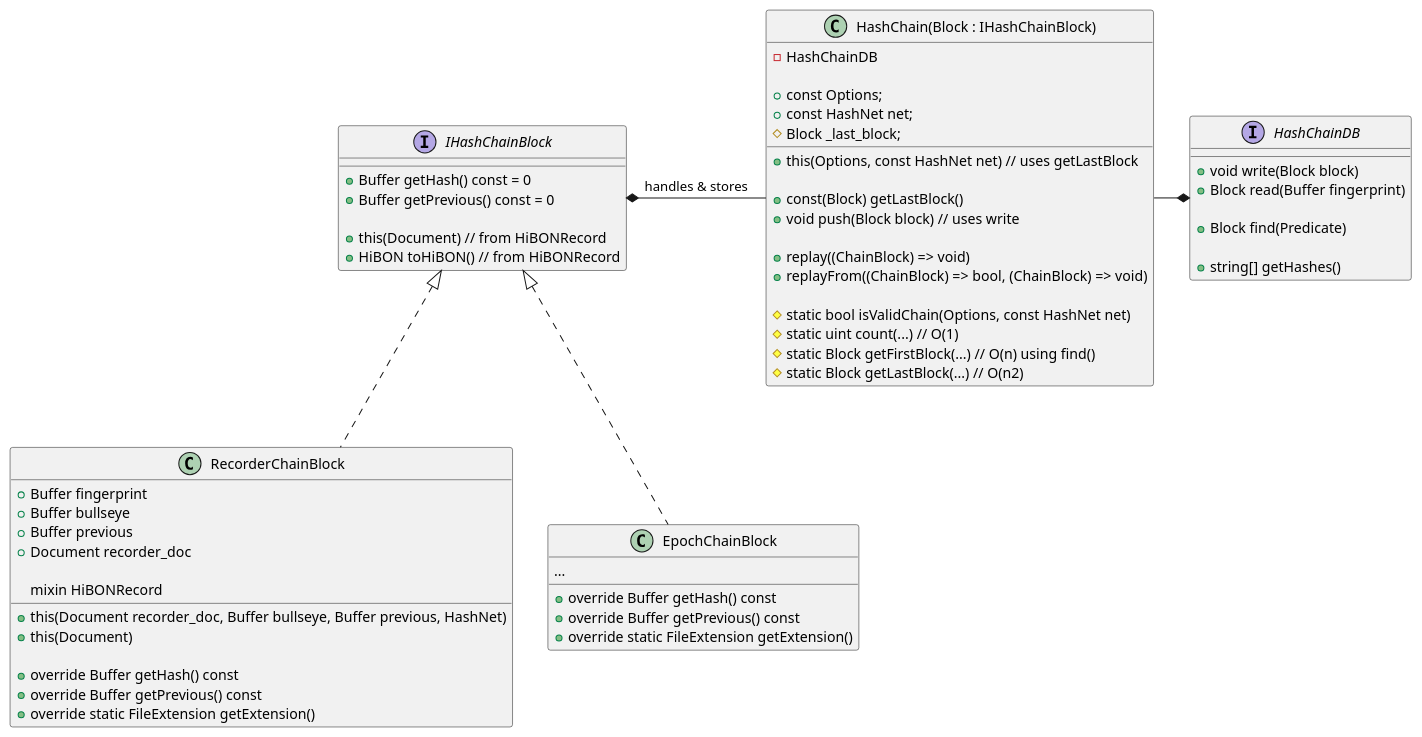
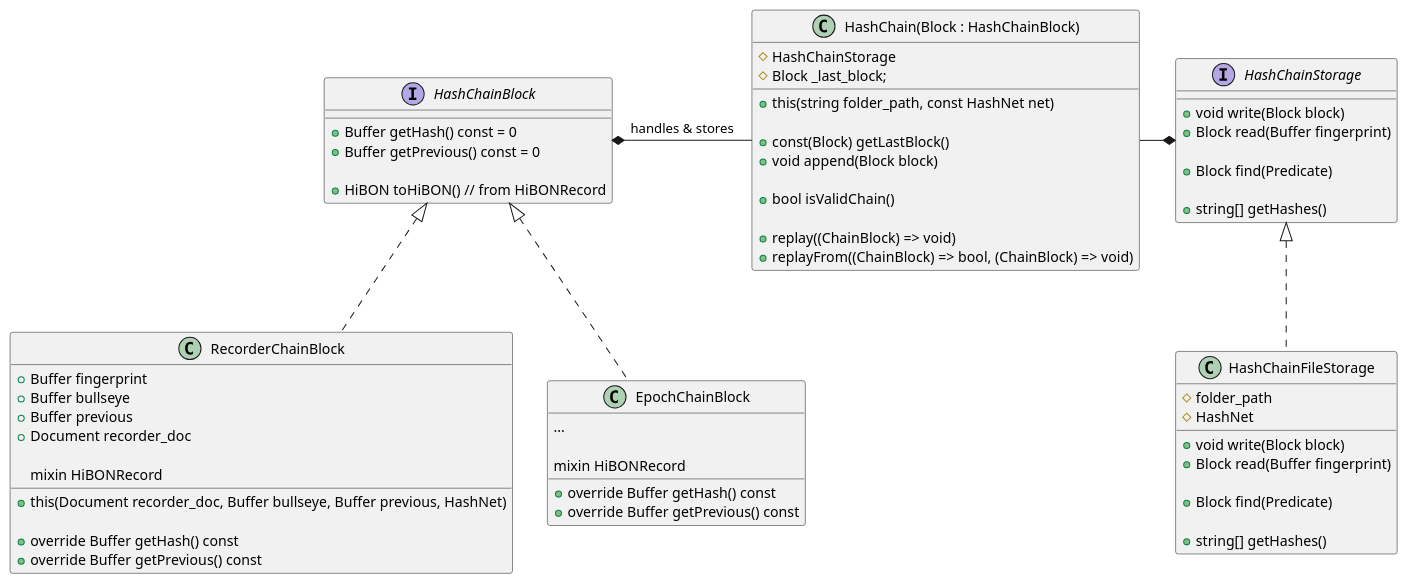
The diagram in src/lib-hashchain/tagion/uml/Hash Chain Class Diagram.wsd (tagion/tagion), drawn with PlantUML before and after one commit. The commit also changed other lines of this file and 8 other files, not shown here.

Commit message:
WIP: split HashChain into components

```diff
--- a/src/lib-hashchain/tagion/uml/Hash Chain Class Diagram.wsd
+++ b/src/lib-hashchain/tagion/uml/Hash Chain Class Diagram.wsd
@@ -1,72 +1,78 @@
 @startuml
 
-interface IHashChainBlock {
+interface HashChainBlock {
     + Buffer getHash() const = 0
     + Buffer getPrevious() const = 0
 
-    + this(Document) // from HiBONRecord
     + HiBON toHiBON() // from HiBONRecord
 }
 
 class RecorderChainBlock {
     + Buffer fingerprint
     + Buffer bullseye
     + Buffer previous
     + Document recorder_doc
 
     mixin HiBONRecord
 
     + this(Document recorder_doc, Buffer bullseye, Buffer previous, HashNet)
-    + this(Document)
 
     + override Buffer getHash() const
     + override Buffer getPrevious() const
-    + override static FileExtension getExtension()
 }
 
-IHashChainBlock <|.. RecorderChainBlock
+HashChainBlock <|.. RecorderChainBlock
 
 class EpochChainBlock {
     ...
 
+    mixin HiBONRecord
+
     + override Buffer getHash() const
     + override Buffer getPrevious() const
-    + override static FileExtension getExtension()
 }
 
-IHashChainBlock <|.. EpochChainBlock
+HashChainBlock <|.. EpochChainBlock
 
-class "HashChain(Block : IHashChainBlock)" as HashChain {
-    - HashChainDB
-
-    + const Options;
-    + const HashNet net;
+class "HashChain(Block : HashChainBlock)" as HashChain {
+    # HashChainStorage
     # Block _last_block;
 
-    + this(Options, const HashNet net) // uses getLastBlock
+    + this(string folder_path, const HashNet net)
 
     + const(Block) getLastBlock()
-    + void push(Block block) // uses write
+    + void append(Block block)
+
+    + bool isValidChain()
 
     + replay((ChainBlock) => void)
     + replayFrom((ChainBlock) => bool, (ChainBlock) => void)
-
-    # static bool isValidChain(Options, const HashNet net)
-    # static uint count(...) // O(1)
-    # static Block getFirstBlock(...) // O(n) using find()
-    # static Block getLastBlock(...) // O(n2)
 }
 
-IHashChainBlock *- HashChain : handles & stores
-HashChain -* HashChainDB
+HashChainBlock *- HashChain : handles & stores
+HashChain -* HashChainStorage
 
-interface HashChainDB {
+interface HashChainStorage {
     + void write(Block block)
     + Block read(Buffer fingerprint)
 
     + Block find(Predicate)
 
     + string[] getHashes()
 }
 
+class HashChainFileStorage {
+    # folder_path
+    # HashNet
+
+    + void write(Block block)
+    + Block read(Buffer fingerprint)
+
+    + Block find(Predicate)
+
+    + string[] getHashes()
+}
+
+HashChainStorage <|.. HashChainFileStorage
+
 @enduml
```
